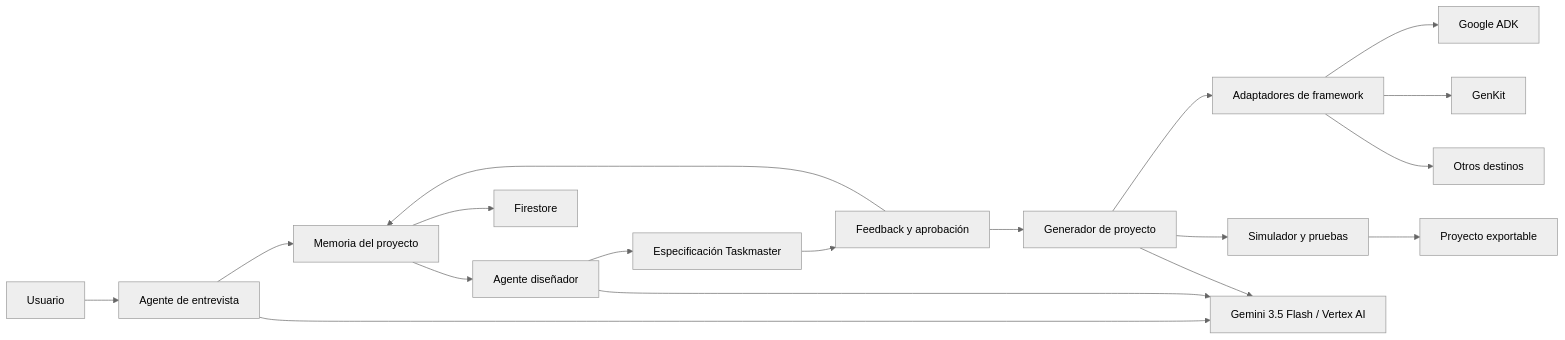
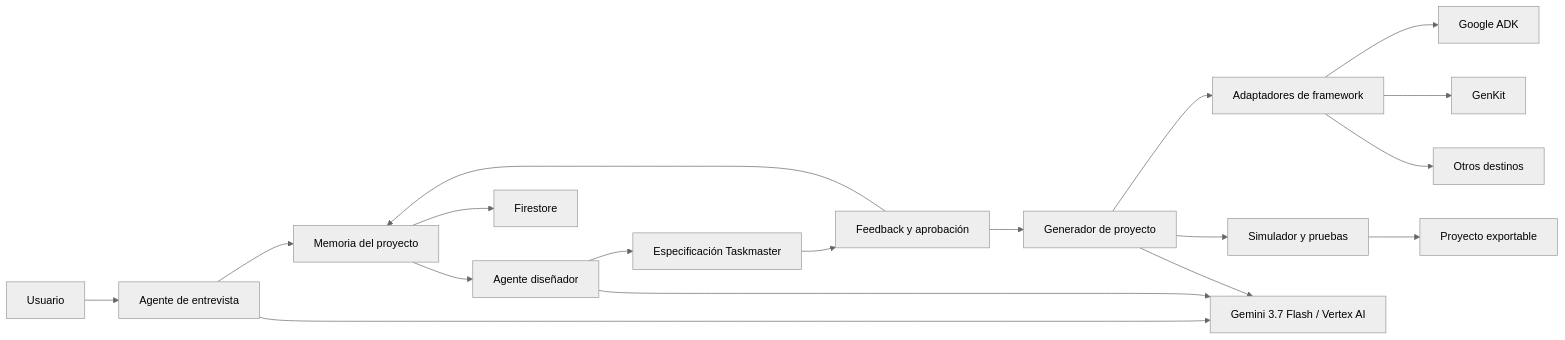
One commit to JavierMurcia/collaborative-taskmaster-studio changed the diagram in docs/01_PLAN_MAESTRO.md. Above: the diagram before and after it, drawn with Mermaid (neutral theme). The commit also changed other lines of this file and 17 other files, not shown here.

````diff
--- a/docs/01_PLAN_MAESTRO.md
+++ b/docs/01_PLAN_MAESTRO.md
@@ -102,20 +108,20 @@
 ```mermaid
 flowchart LR
     USER["Usuario"] --> INTERVIEW["Agente de entrevista"]
     INTERVIEW --> MEMORY["Memoria del proyecto"]
     MEMORY --> DESIGNER["Agente diseñador"]
     DESIGNER --> SPEC["Especificación Taskmaster"]
     SPEC --> REVIEW["Feedback y aprobación"]
     REVIEW --> MEMORY
     REVIEW --> GENERATOR["Generador de proyecto"]
     GENERATOR --> ADAPTERS["Adaptadores de framework"]
     ADAPTERS --> ADK["Google ADK"]
     ADAPTERS --> GENKIT["GenKit"]
     ADAPTERS --> OTHER["Otros destinos"]
     GENERATOR --> SANDBOX["Simulador y pruebas"]
     SANDBOX --> EXPORT["Proyecto exportable"]
     MEMORY --> FIRESTORE["Firestore"]
-    INTERVIEW --> GEMINI["Gemini 3.5 Flash / Vertex AI"]
+    INTERVIEW --> GEMINI["Gemini 3.7 Flash / Vertex AI"]
     DESIGNER --> GEMINI
     GENERATOR --> GEMINI
 ```
````
